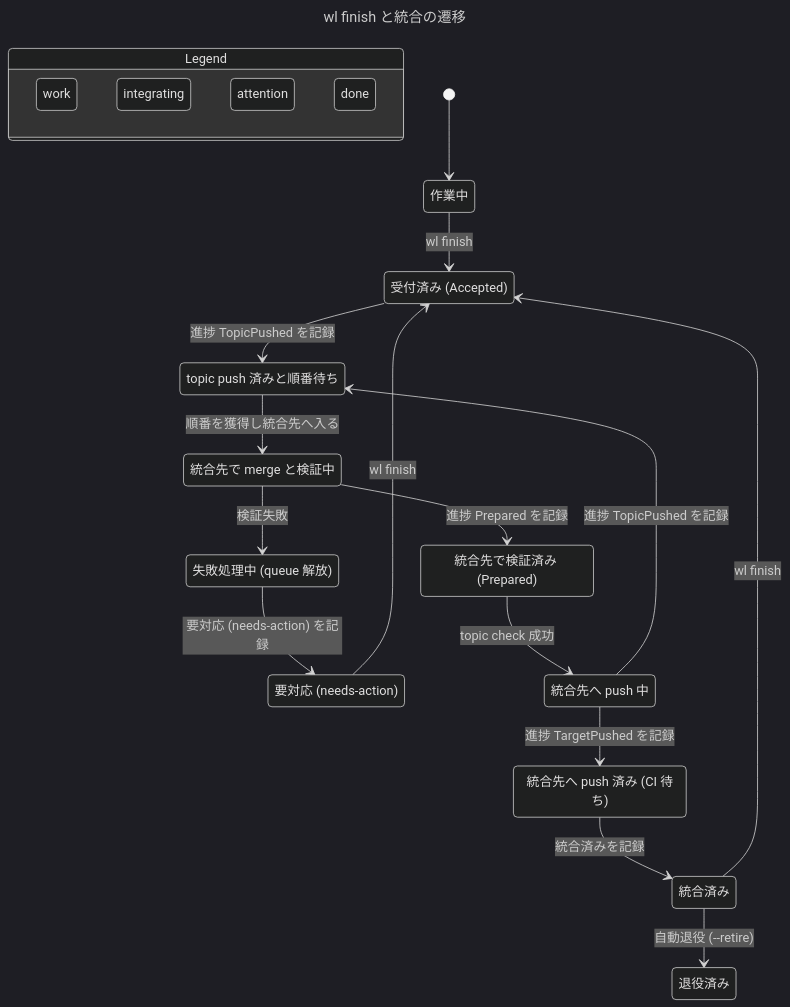
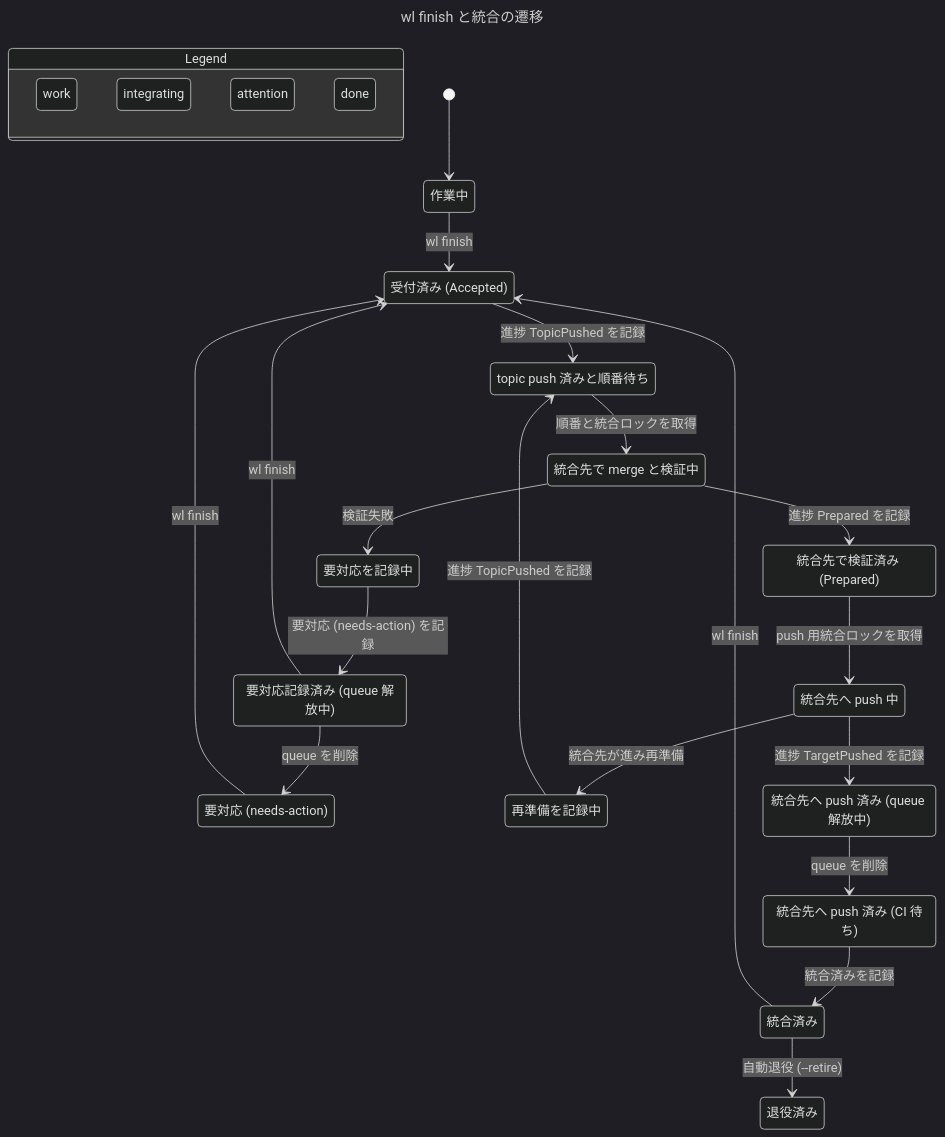
The diagram in docs/lifecycle-finish-integration.mmd (yasuyuki/workspace-lifecycle-native), drawn with Mermaid (dark theme) before and after one commit. The commit also changed 13 other files, not shown here.

Commit message:
Update formal verification skills and charts for lifecycle fixes

```diff
--- a/docs/lifecycle-finish-integration.mmd
+++ b/docs/lifecycle-finish-integration.mmd
@@ -1,50 +1,60 @@
 ---
 title: "wl finish と統合の遷移"
 ---
 stateDiagram-v2
   state "Legend" as legend {
     lg0: work
     lg1: integrating
     lg2: attention
     lg3: done
   }
   class lg0 blue
   class lg1 purple
   class lg2 orange
   class lg3 teal
   s0: 作業中
   s1: 受付済み (Accepted)
   s2: topic push 済みと順番待ち
   s3: 統合先で merge と検証中
-  s4: 失敗処理中 (queue 解放)
-  s5: 要対応 (needs-action)
-  s6: 統合先で検証済み (Prepared)
-  s7: 統合先へ push 中
-  s8: 統合先へ push 済み (CI 待ち)
-  s9: 統合済み
-  s10: 退役済み
+  s4: 要対応を記録中
+  s5: 要対応記録済み (queue 解放中)
+  s6: 要対応 (needs-action)
+  s7: 統合先で検証済み (Prepared)
+  s8: 統合先へ push 中
+  s9: 再準備を記録中
+  s10: 統合先へ push 済み (queue 解放中)
+  s11: 統合先へ push 済み (CI 待ち)
+  s12: 統合済み
+  s13: 退役済み
   [*] --> s0
   s0 --> s1: wl finish
   s1 --> s2: 進捗 TopicPushed を記録
-  s2 --> s3: 順番を獲得し統合先へ入る
+  s2 --> s3: 順番と統合ロックを取得
   s3 --> s4: 検証失敗
   s4 --> s5: 要対応 (needs-action) を記録
-  s3 --> s6: 進捗 Prepared を記録
+  s5 --> s6: queue を削除
   s5 --> s1: wl finish
-  s6 --> s7: topic check 成功
-  s7 --> s8: 進捗 TargetPushed を記録
-  s7 --> s2: 進捗 TopicPushed を記録
-  s8 --> s9: 統合済みを記録
-  s9 --> s1: wl finish
-  s9 --> s10: 自動退役 (--retire)
+  s3 --> s7: 進捗 Prepared を記録
+  s6 --> s1: wl finish
+  s7 --> s8: push 用統合ロックを取得
+  s8 --> s9: 統合先が進み再準備
+  s8 --> s10: 進捗 TargetPushed を記録
+  s9 --> s2: 進捗 TopicPushed を記録
+  s10 --> s11: queue を削除
+  s11 --> s12: 統合済みを記録
+  s12 --> s1: wl finish
+  s12 --> s13: 自動退役 (--retire)
   class s0 blue
   class s1 purple
   class s2 purple
   class s3 purple
   class s4 orange
   class s5 orange
-  class s6 purple
+  class s6 orange
   class s7 purple
   class s8 purple
-  class s9 teal
-  class s10 teal
+  class s9 purple
+  class s10 purple
+  class s11 purple
+  class s12 teal
+  class s13 teal
```
